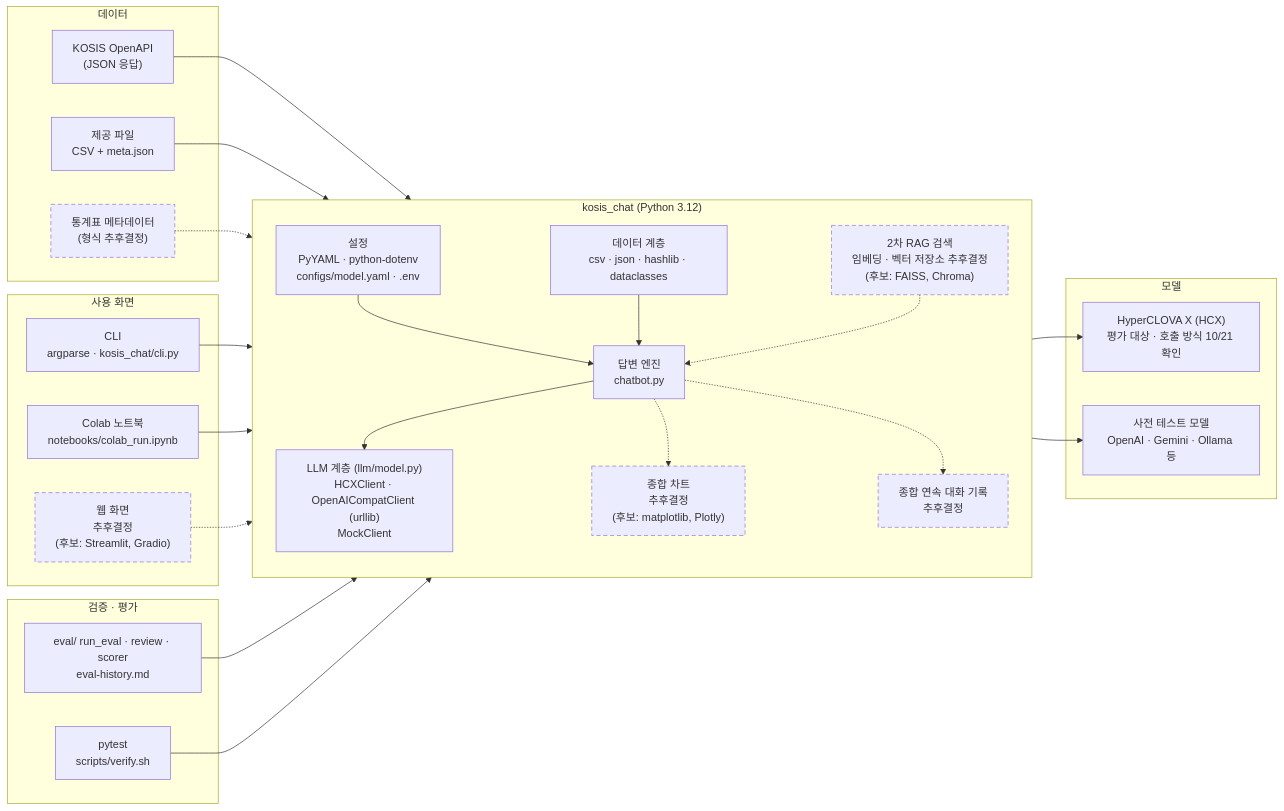
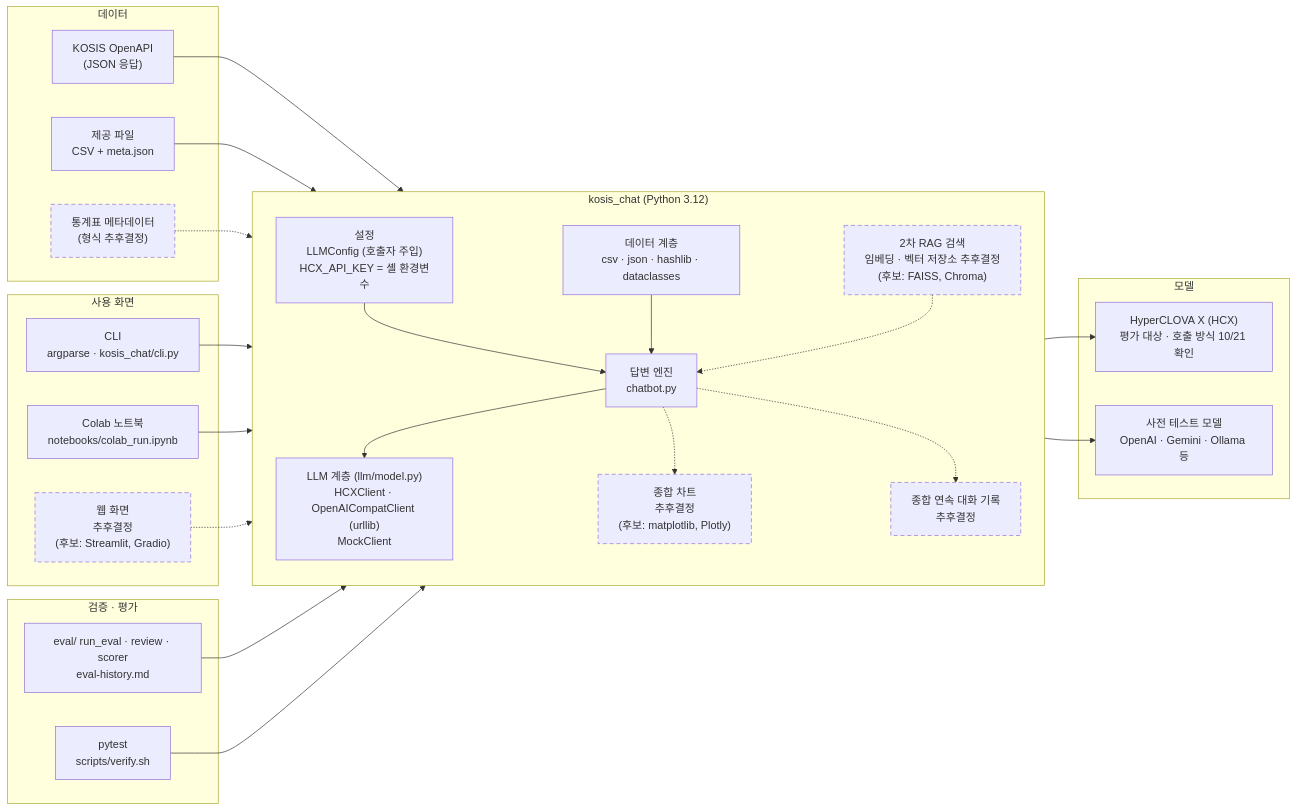
Before and after one commit to addiescode-sj/KOSIS-ai-nlp-summary: the third of 3 diagrams in docs/notes/project-workflow.md, drawn with Mermaid. The commit also changed 187 other files, not shown here.

````diff
--- a/docs/notes/project-workflow.md
+++ b/docs/notes/project-workflow.md
@@ -100,48 +100,48 @@
 ```mermaid
 flowchart LR
   subgraph SRC["데이터"]
     K["KOSIS OpenAPI<br/>(JSON 응답)"]
     F["제공 파일<br/>CSV + meta.json"]
     MD["통계표 메타데이터<br/>(형식 추후결정)"]:::tbd
   end
   subgraph APP["kosis_chat (Python 3.12)"]
     direction TB
-    CFG["설정<br/>PyYAML · python-dotenv<br/>configs/model.yaml · .env"]
+    CFG["설정<br/>LLMConfig (호출자 주입)<br/>HCX_API_KEY = 셸 환경변수"]
     DATA["데이터 계층<br/>csv · json · hashlib · dataclasses"]
     CORE["답변 엔진<br/>chatbot.py"]
     LLM["LLM 계층 (llm/model.py)<br/>HCXClient · OpenAICompatClient (urllib)<br/>MockClient"]
     RAG["2차 RAG 검색<br/>임베딩 · 벡터 저장소 추후결정<br/>(후보: FAISS, Chroma)"]:::tbd
     VIZ["종합 차트<br/>추후결정<br/>(후보: matplotlib, Plotly)"]:::tbd
     MEM["종합 연속 대화 기록<br/>추후결정"]:::tbd
   end
   subgraph MODEL["모델"]
     HCX["HyperCLOVA X (HCX)<br/>평가 대상 · 호출 방식 10/21 확인"]
     PT["사전 테스트 모델<br/>OpenAI · Gemini · Ollama 등"]
   end
   subgraph UI["사용 화면"]
     CLI["CLI<br/>argparse · kosis_chat/cli.py"]
     NB["Colab 노트북<br/>notebooks/colab_run.ipynb"]
     WEB["웹 화면<br/>추후결정<br/>(후보: Streamlit, Gradio)"]:::tbd
   end
   subgraph QA["검증 · 평가"]
     PY["pytest<br/>scripts/verify.sh"]
     EV["eval/ run_eval · review · scorer<br/>eval-history.md"]
   end
   K --> DATA
   F --> DATA
   MD -.-> RAG
   CFG --> CORE
   DATA --> CORE
   RAG -.-> CORE
   CORE --> LLM
   LLM --> HCX
   LLM --> PT
   CORE -.-> VIZ
   CORE -.-> MEM
   CLI --> CORE
   NB --> CORE
   WEB -.-> CORE
   PY --> APP
   EV --> CORE
   classDef tbd stroke-dasharray: 6 4
 ```
````
